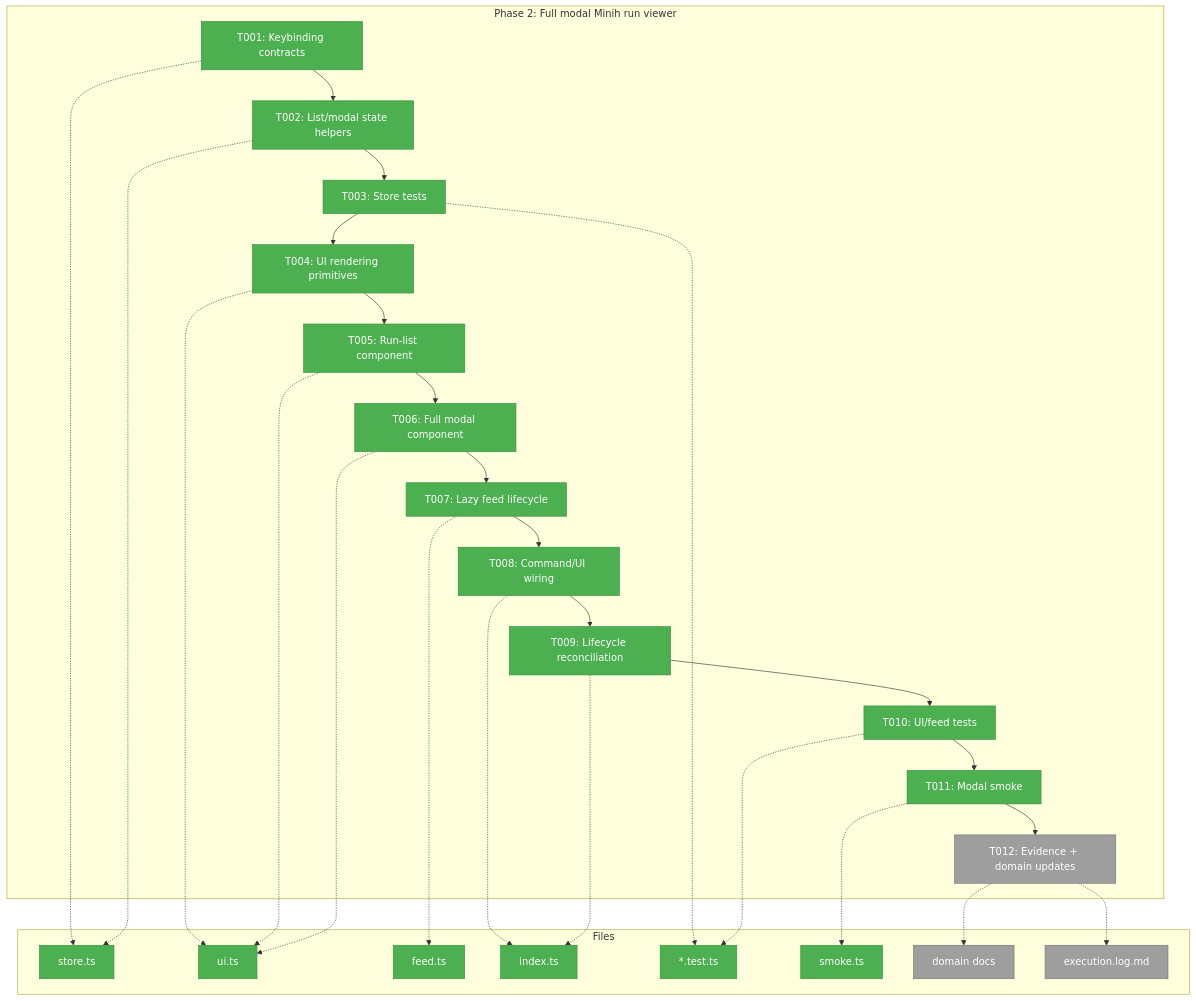
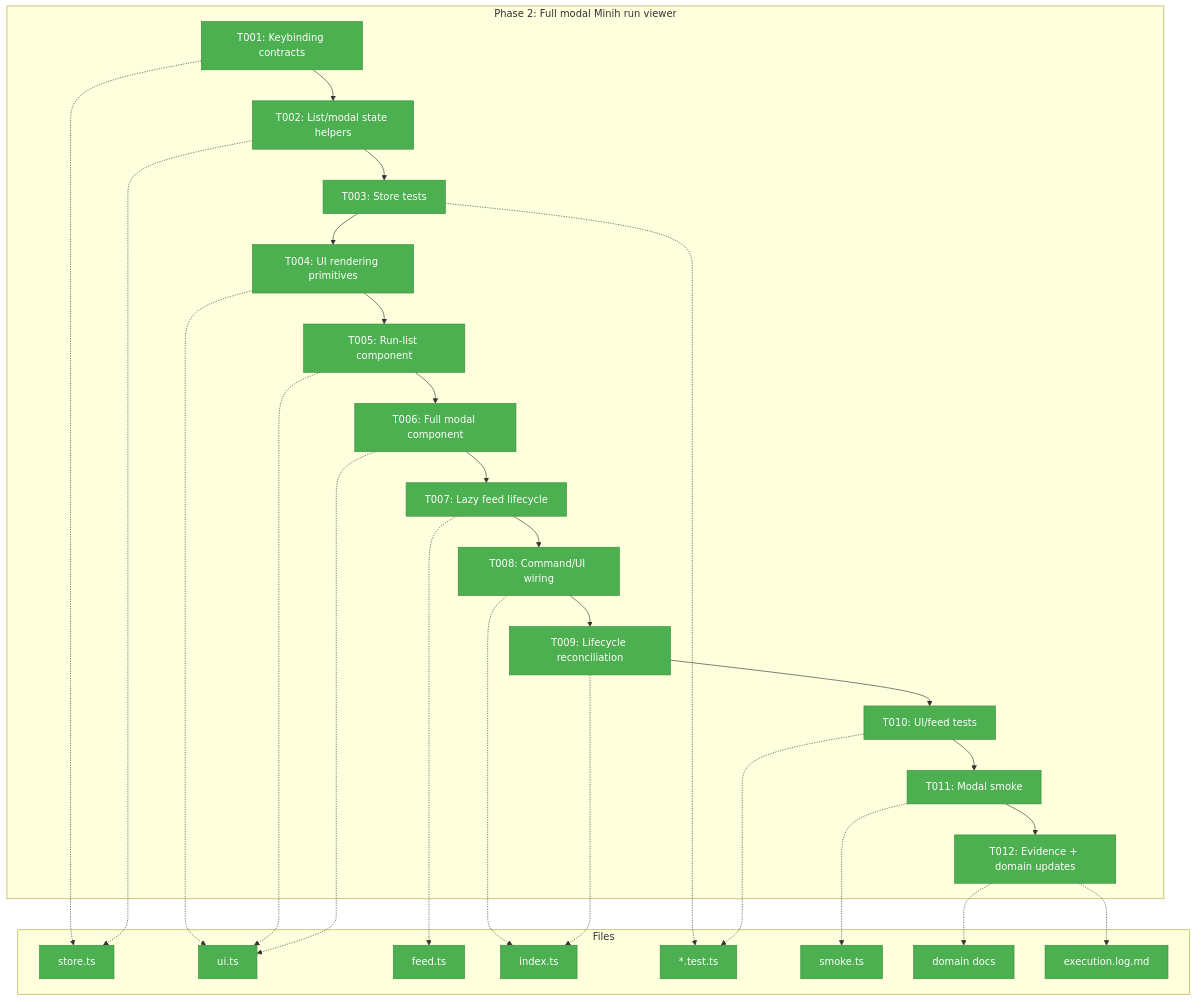
One commit to vaughanknight/pij changed the first of 3 diagrams in docs/plans/007-options-for-pi-extensions-that-do-subagents/tasks/phase-2-full-modal-minih-run-viewer/tasks.md. Above: the diagram before and after it, drawn with Mermaid. The commit also changed other lines of this file and 12 other files, not shown here.

````diff
--- a/docs/plans/007-options-for-pi-extensions-that-do-subagents/tasks/phase-2-full-modal-minih-run-viewer/tasks.md
+++ b/docs/plans/007-options-for-pi-extensions-that-do-subagents/tasks/phase-2-full-modal-minih-run-viewer/tasks.md
@@ -135,47 +135,47 @@
 ```mermaid
 flowchart TD
     classDef pending fill:#9E9E9E,stroke:#757575,color:#fff
     classDef inprogress fill:#FFC107,stroke:#FFA000,color:#000
     classDef completed fill:#4CAF50,stroke:#388E3C,color:#fff
 
     subgraph Phase["Phase 2: Full modal Minih run viewer"]
         T001["T001: Keybinding contracts"]:::completed
         T002["T002: List/modal state helpers"]:::completed
         T003["T003: Store tests"]:::completed
         T004["T004: UI rendering primitives"]:::completed
         T005["T005: Run-list component"]:::completed
         T006["T006: Full modal component"]:::completed
         T007["T007: Lazy feed lifecycle"]:::completed
         T008["T008: Command/UI wiring"]:::completed
         T009["T009: Lifecycle reconciliation"]:::completed
         T010["T010: UI/feed tests"]:::completed
         T011["T011: Modal smoke"]:::completed
-        T012["T012: Evidence + domain updates"]:::pending
+        T012["T012: Evidence + domain updates"]:::completed
         T001 --> T002 --> T003 --> T004 --> T005 --> T006 --> T007 --> T008 --> T009 --> T010 --> T011 --> T012
     end
 
     subgraph Files["Files"]
         F1["store.ts"]:::completed
         F2["ui.ts"]:::completed
         F3["feed.ts"]:::completed
         F4["index.ts"]:::completed
         F5["*.test.ts"]:::completed
         F6["smoke.ts"]:::completed
-        F7["domain docs"]:::pending
-        F8["execution.log.md"]:::pending
+        F7["domain docs"]:::completed
+        F8["execution.log.md"]:::completed
     end
 
     T001 -.-> F1
     T002 -.-> F1
     T003 -.-> F5
     T004 -.-> F2
     T005 -.-> F2
     T006 -.-> F2
     T007 -.-> F3
     T008 -.-> F4
     T009 -.-> F4
     T010 -.-> F5
     T011 -.-> F6
     T012 -.-> F7
     T012 -.-> F8
 ```
````
